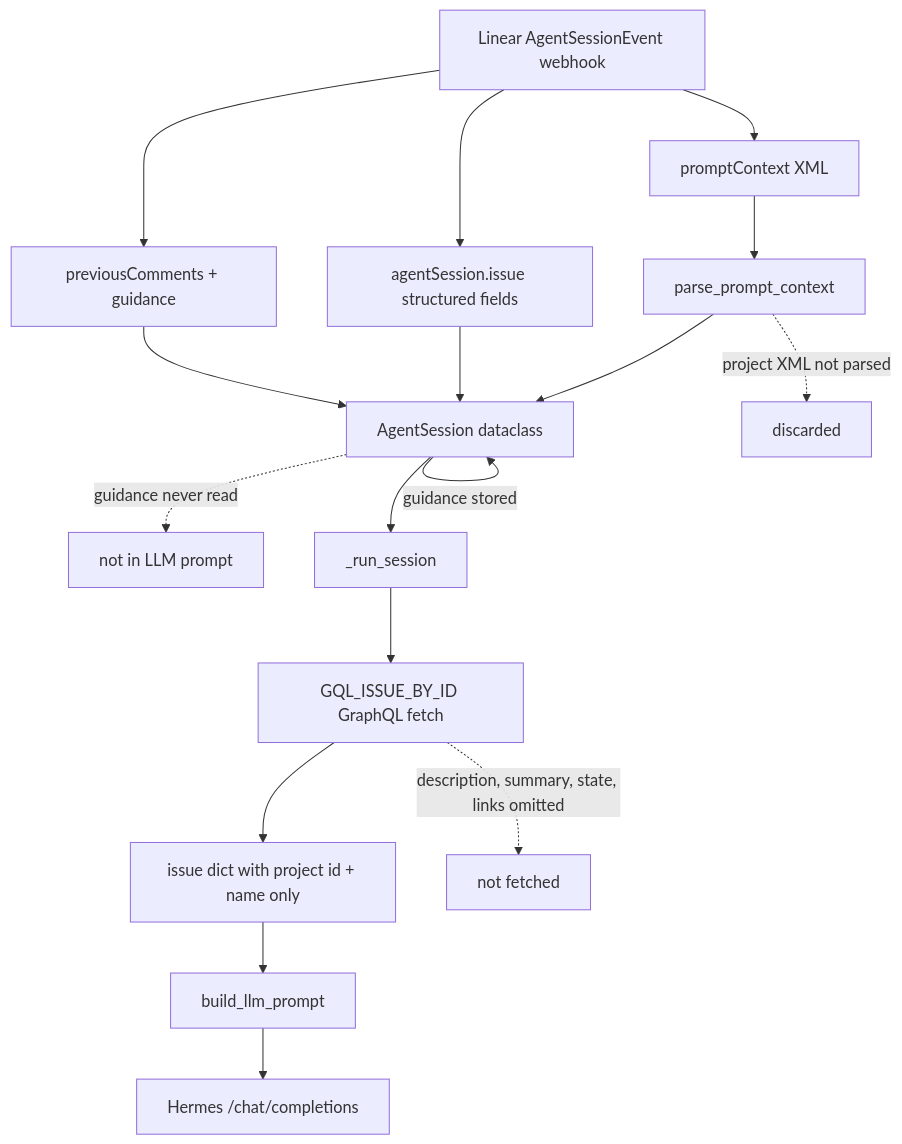
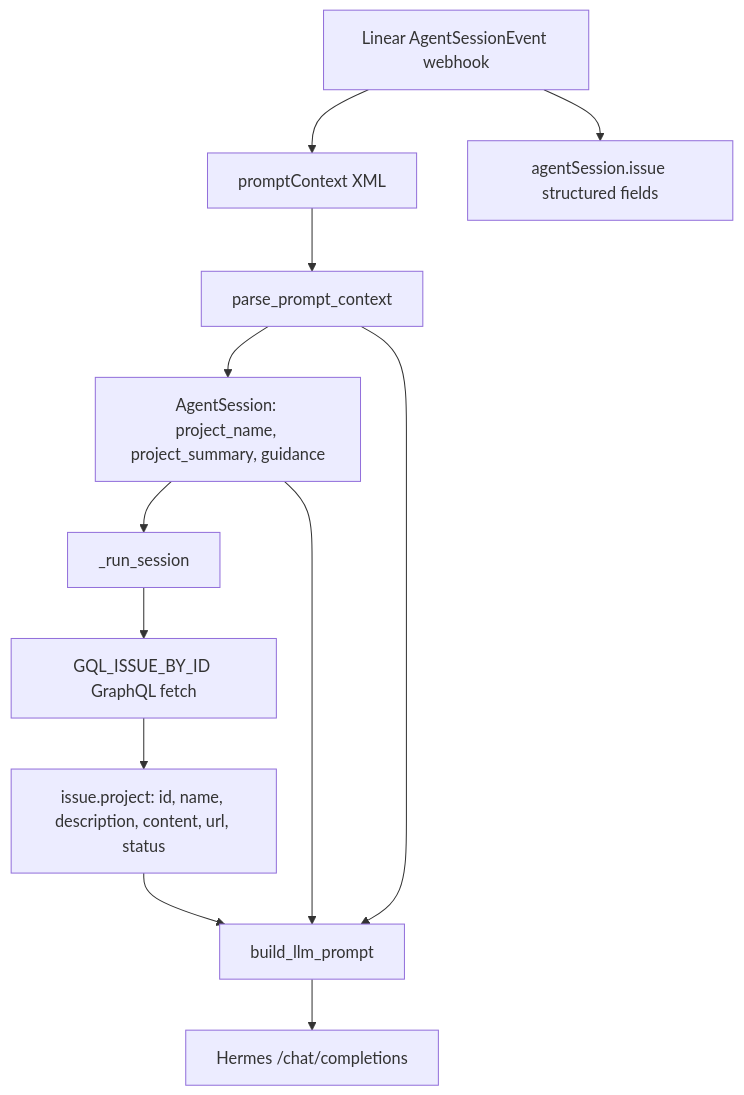
The diagram in docs/PLY-78-project-context-injection.md (epaproditus/linear-agent), drawn with Mermaid before and after one commit. The commit also changed other lines of this file and 2 other files, not shown here.

First line of the commit message:
feat(PLY-78): inject rich project context and guidance into LLM prompts

````diff
--- a/docs/PLY-78-project-context-injection.md
+++ b/docs/PLY-78-project-context-injection.md
@@ -17,23 +15,16 @@
 ```mermaid
 flowchart TD
     WH[Linear AgentSessionEvent webhook] --> PC[promptContext XML]
     WH --> AS[agentSession.issue structured fields]
-    WH --> PC2[previousComments + guidance]
 
     PC --> PARSE[parse_prompt_context]
-    PARSE --> SESS[AgentSession dataclass]
-    PARSE -.->|project XML not parsed| DROP1[discarded]
-
-    AS --> SESS
-    PC2 --> SESS
-  SESS -->|guidance stored| SESS
-    SESS -.->|guidance never read| DROP2[not in LLM prompt]
+    PARSE --> SESS[AgentSession: project_name, project_summary, guidance]
 
     SESS --> RUN[_run_session]
     RUN --> GQL[GQL_ISSUE_BY_ID GraphQL fetch]
-    GQL --> ISSUE[issue dict with project id + name only]
+    GQL --> ISSUE[issue.project: id, name, description, content, url, status]
     ISSUE --> BUILD[build_llm_prompt]
+    PARSE --> BUILD
+    SESS --> BUILD
     BUILD --> LLM[Hermes /chat/completions]
-
-    GQL -.->|description, summary, state, links omitted| DROP3[not fetched]
 ```
````
